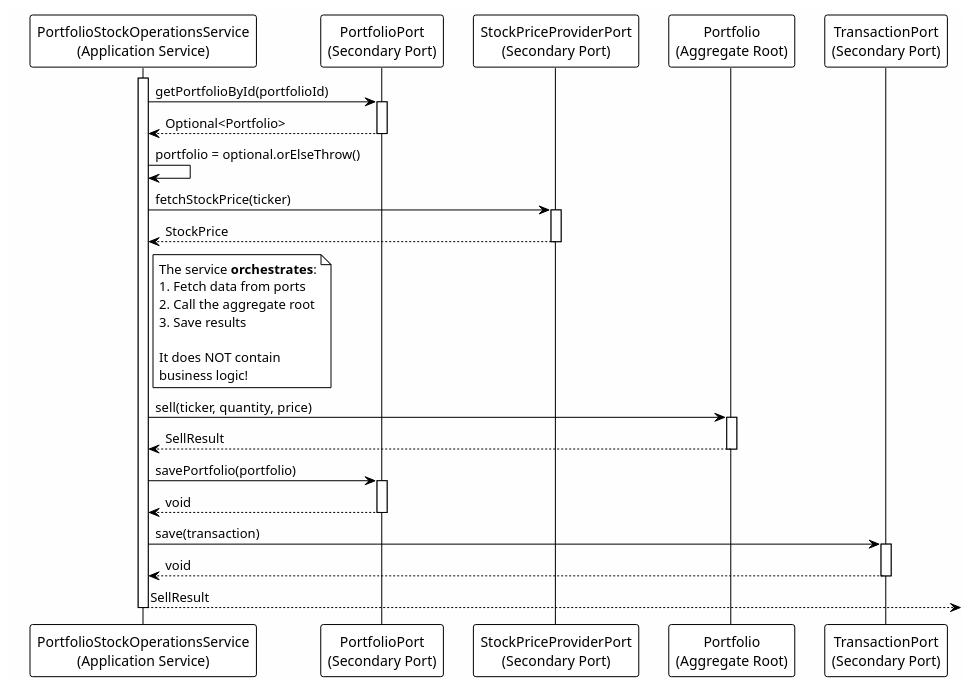
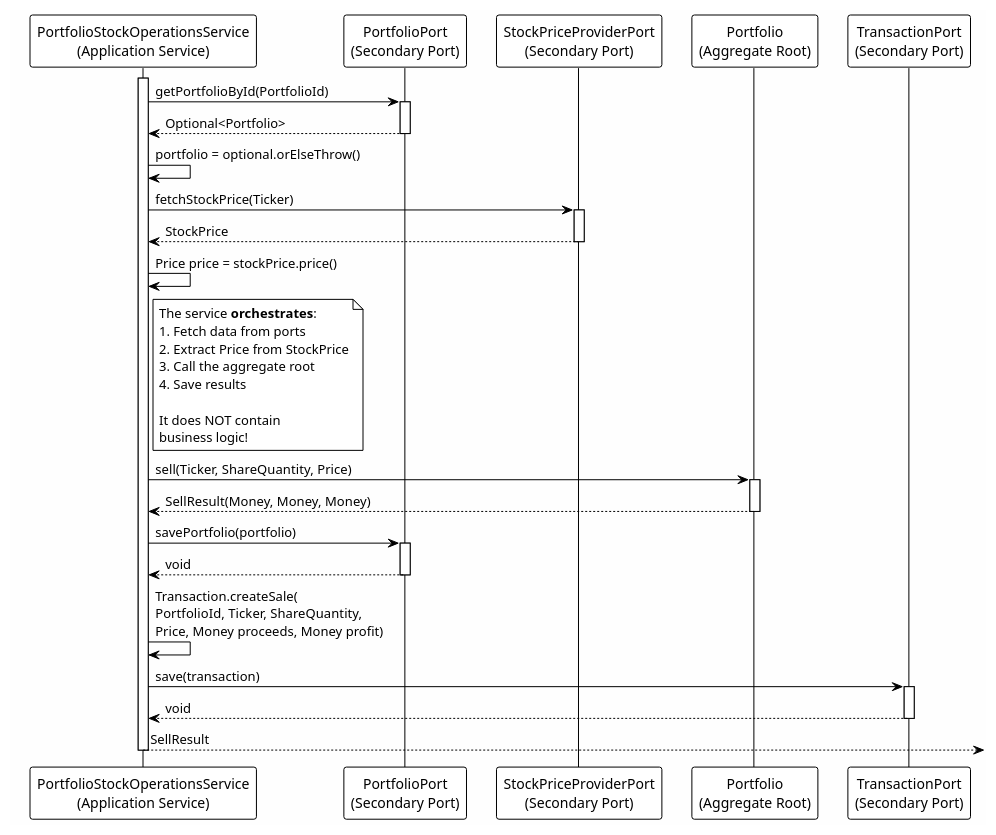
One commit to alfredorueda/HexaStock changed the diagram in doc/tutorial/diagrams/sell-application-service.puml. Above: the diagram before and after it, drawn with PlantUML. The commit also changed 13 other files, not shown here.

```diff
--- a/doc/tutorial/diagrams/sell-application-service.puml
+++ b/doc/tutorial/diagrams/sell-application-service.puml
@@ -1,53 +1,58 @@
 @startuml sell-application-service
 !theme plain
 skinparam backgroundColor #FEFEFE
 
 participant "PortfolioStockOperationsService\n(Application Service)" as Service
 participant "PortfolioPort\n(Secondary Port)" as PortfolioPort
 participant "StockPriceProviderPort\n(Secondary Port)" as PricePort
 participant "Portfolio\n(Aggregate Root)" as Portfolio
 participant "TransactionPort\n(Secondary Port)" as TransactionPort
 
 activate Service
 
-Service -> PortfolioPort: getPortfolioById(portfolioId)
+Service -> PortfolioPort: getPortfolioById(PortfolioId)
 activate PortfolioPort
 PortfolioPort --> Service: Optional<Portfolio>
 deactivate PortfolioPort
 
 Service -> Service: portfolio = optional.orElseThrow()
 
-Service -> PricePort: fetchStockPrice(ticker)
+Service -> PricePort: fetchStockPrice(Ticker)
 activate PricePort
 PricePort --> Service: StockPrice
 deactivate PricePort
 
+Service -> Service: Price price = stockPrice.price()
+
 note right of Service
   The service **orchestrates**:
   1. Fetch data from ports
-  2. Call the aggregate root
-  3. Save results
+  2. Extract Price from StockPrice
+  3. Call the aggregate root
+  4. Save results
   
   It does NOT contain
   business logic!
 end note
 
-Service -> Portfolio: sell(ticker, quantity, price)
+Service -> Portfolio: sell(Ticker, ShareQuantity, Price)
 activate Portfolio
-Portfolio --> Service: SellResult
+Portfolio --> Service: SellResult(Money, Money, Money)
 deactivate Portfolio
 
 Service -> PortfolioPort: savePortfolio(portfolio)
 activate PortfolioPort
 PortfolioPort --> Service: void
 deactivate PortfolioPort
+
+Service -> Service: Transaction.createSale(\nPortfolioId, Ticker, ShareQuantity,\nPrice, Money proceeds, Money profit)
 
 Service -> TransactionPort: save(transaction)
 activate TransactionPort
 TransactionPort --> Service: void
 deactivate TransactionPort
 
 Service --> : SellResult
 deactivate Service
 
 @enduml
```
